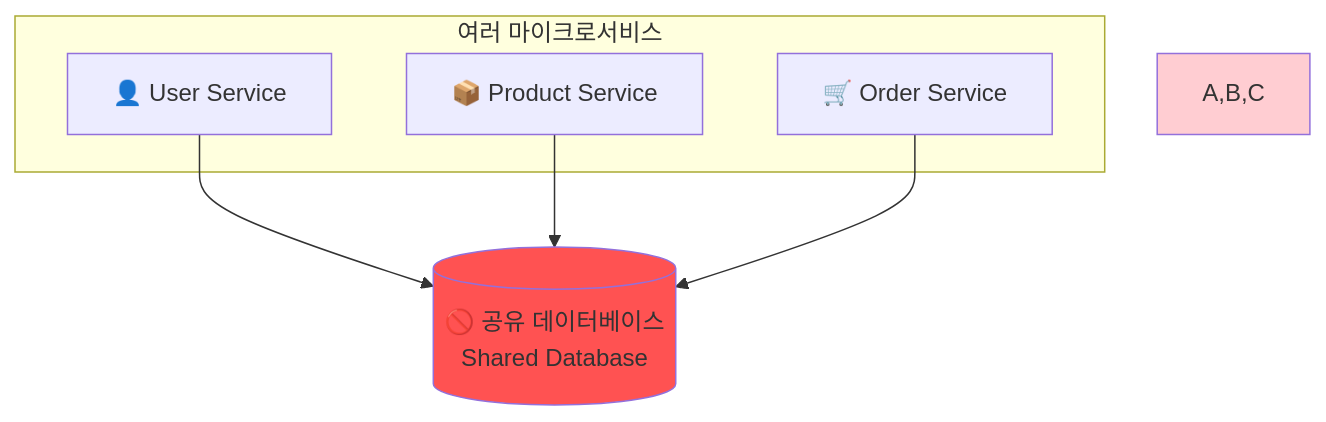
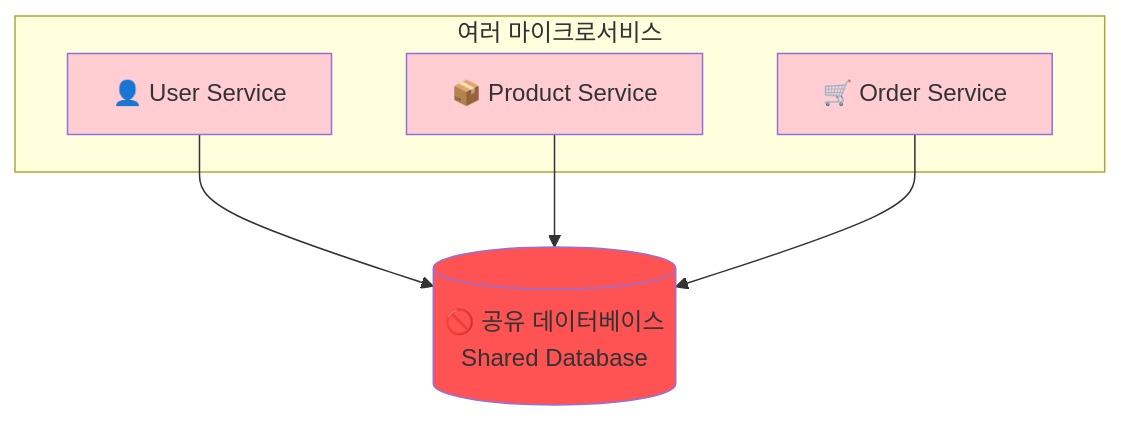
Before and after one commit to niceguy61/kdt_devops_lecture_2025: diagram 11 of 15 in theory/week_04/day1/session_2.md, drawn with Mermaid. The commit also changed other lines of this file, not shown here.

Commit message:
mermaid update

````diff
--- a/theory/week_04/day1/session_2.md
+++ b/theory/week_04/day1/session_2.md
@@ -483,17 +494,19 @@
 ```mermaid
 graph TB
     subgraph "여러 마이크로서비스"
         A[👤 User Service]
         B[📦 Product Service]
         C[🛒 Order Service]
     end
     
     D[(🚫 공유 데이터베이스<br/>Shared Database)]
     
     A --> D
     B --> D
     C --> D
     
-    style A,B,C fill:#ffcdd2
+    style A fill:#ffcdd2
+    style B fill:#ffcdd2
+    style C fill:#ffcdd2
     style D fill:#ff5252
 ```
````
